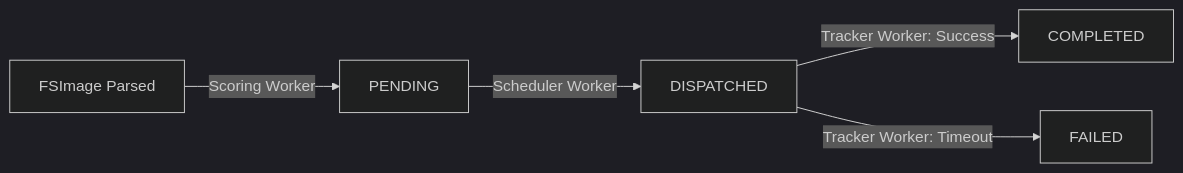
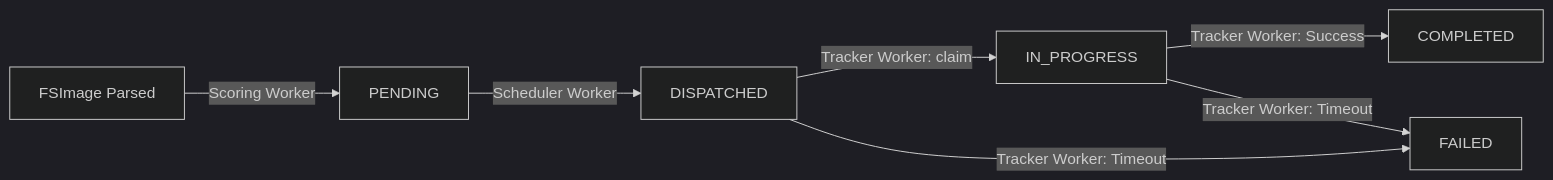
One commit to Sadturtleman/DSC changed the diagram in README.md. Above: the diagram before and after it, drawn with Mermaid (dark theme). The commit also changed other lines of this file and 20 other files, not shown here.

````diff
--- a/README.md
+++ b/README.md
@@ -33,7 +33,9 @@
 ```mermaid
 flowchart LR
     A[FSImage Parsed] -->|Scoring Worker| B[PENDING]
     B -->|Scheduler Worker| C[DISPATCHED]
-    C -->|Tracker Worker: Success| D[COMPLETED]
+    C -->|Tracker Worker: claim| I[IN_PROGRESS]
+    I -->|Tracker Worker: Success| D[COMPLETED]
     C -->|Tracker Worker: Timeout| E[FAILED]
+    I -->|Tracker Worker: Timeout| E
 ```
````
